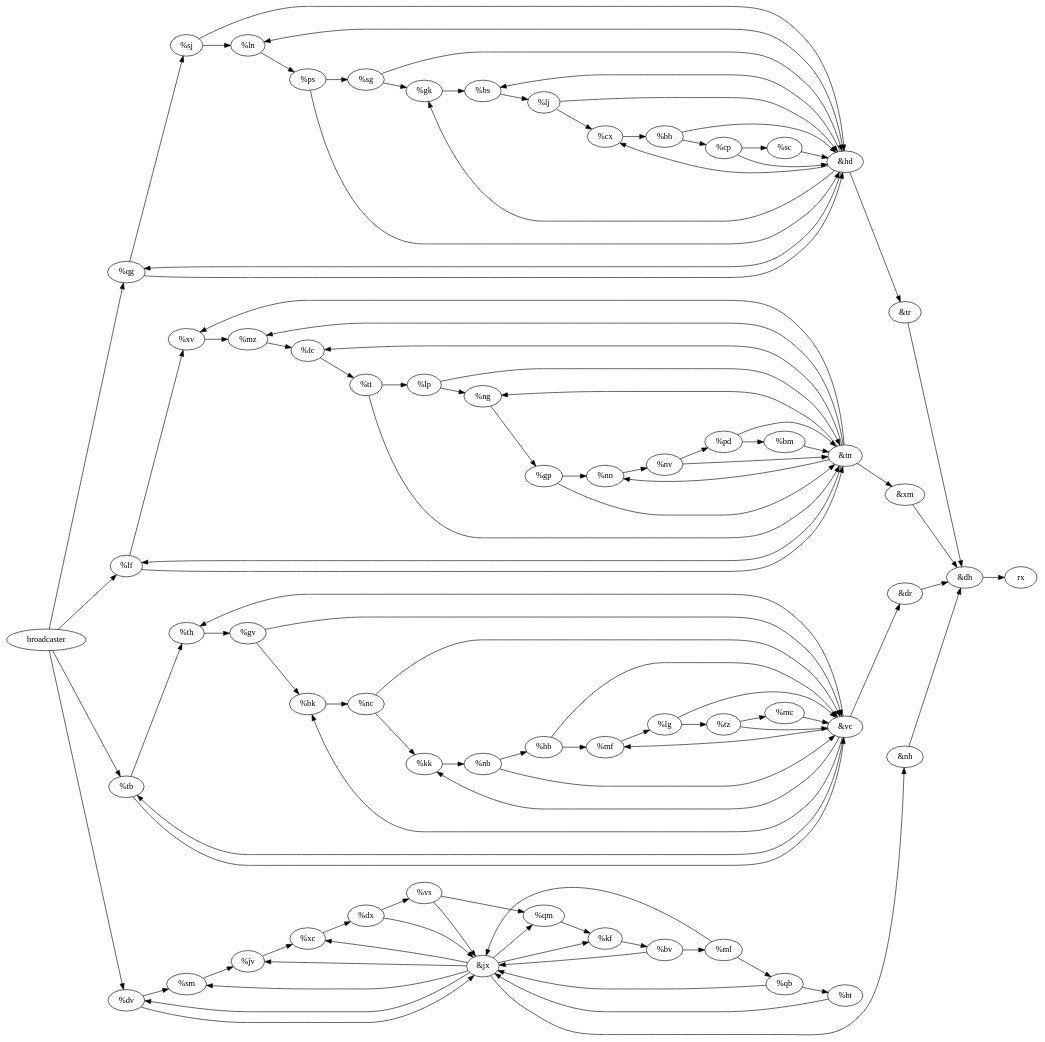
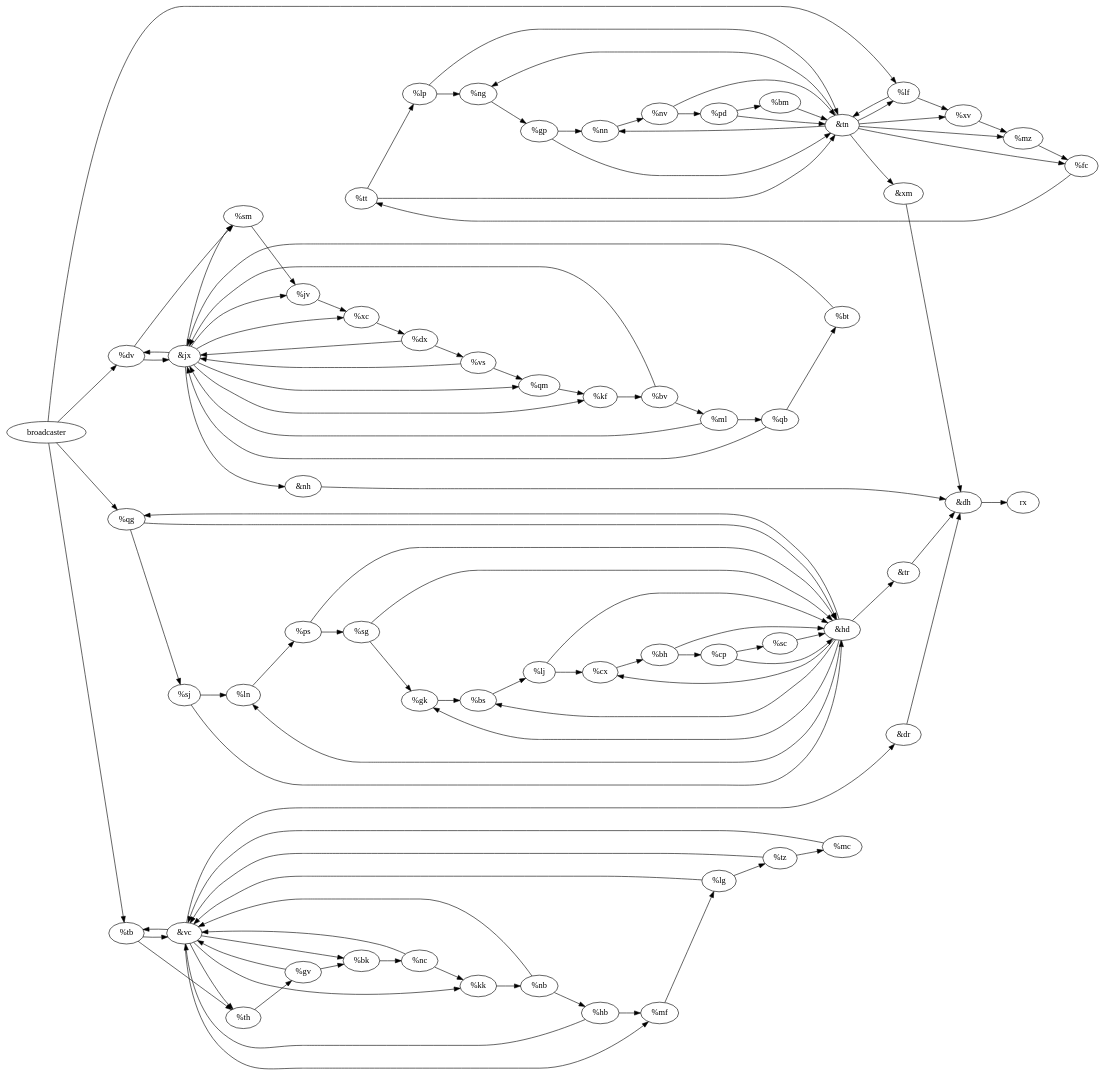
One commit to robinst/advent-of-code changed the diagram in 2023/day20.dot. Above: the diagram before and after it, drawn with Graphviz. The commit also changed 4 other files, not shown here.

Commit message:
2023: Add graphs

```diff
--- a/2023/day20.dot
+++ b/2023/day20.dot
@@ -1,120 +1,170 @@
 digraph {
-rankdir="LR"
-broadcaster -> { tb dv qg lf }
-
-th [label="%th"]
-dx [label="%dx"]
-lj [label="%lj"]
-tt [label="%tt"]
-bv [label="%bv"]
-nb [label="%nb"]
-jv [label="%jv"]
-sg [label="%sg"]
-fc [label="%fc"]
-tr [label="&tr"]
-sm [label="%sm"]
-pd [label="%pd"]
-sj [label="%sj"]
-lp [label="%lp"]
-nn [label="%nn"]
-bh [label="%bh"]
-lg [label="%lg"]
-gv [label="%gv"]
-sc [label="%sc"]
-qg [label="%qg"]
-dv [label="%dv"]
-cp [label="%cp"]
-cx [label="%cx"]
-xc [label="%xc"]
-kf [label="%kf"]
-gp [label="%gp"]
-nc [label="%nc"]
-vs [label="%vs"]
-bs [label="%bs"]
-xv [label="%xv"]
-mc [label="%mc"]
-kk [label="%kk"]
-ng [label="%ng"]
-mz [label="%mz"]
-bt [label="%bt"]
-ln [label="%ln"]
-hb [label="%hb"]
-lf [label="%lf"]
-xm [label="&xm"]
-mf [label="%mf"]
-dr [label="&dr"]
-jx [label="&jx"]
-bk [label="%bk"]
-gk [label="%gk"]
-tn [label="&tn"]
-qm [label="%qm"]
-ps [label="%ps"]
-tz [label="%tz"]
-nv [label="%nv"]
-ml [label="%ml"]
-nh [label="&nh"]
-tb [label="%tb"]
-qb [label="%qb"]
-bm [label="%bm"]
-vc [label="&vc"]
-hd [label="&hd"]
-dh [label="&dh"]
-
-th -> { gv }
-dx -> { jx vs }
-lj -> { hd cx }
-tt -> { lp tn }
-bv -> { ml jx }
-nb -> { vc hb }
-jv -> { xc }
-sg -> { gk hd }
-fc -> { tt }
-tr -> { dh }
-sm -> { jv }
-pd -> { tn bm }
-sj -> { ln hd }
-lp -> { tn ng }
-nn -> { nv }
-bh -> { hd cp }
-lg -> { tz vc }
-gv -> { vc bk }
-sc -> { hd }
-qg -> { sj hd }
-dv -> { jx sm }
-cp -> { sc hd }
-cx -> { bh }
-xc -> { dx }
-kf -> { bv }
-gp -> { tn nn }
-nc -> { kk vc }
-vs -> { qm jx }
-bs -> { lj }
-xv -> { mz }
-mc -> { vc }
-kk -> { nb }
-ng -> { gp }
-mz -> { fc }
-bt -> { jx }
-ln -> { ps }
-hb -> { vc mf }
-lf -> { tn xv }
-xm -> { dh }
-mf -> { lg }
-dr -> { dh }
-jx -> { sm jv xc qm dv nh kf }
-bk -> { nc }
-gk -> { bs }
-tn -> { lf xv xm nn mz fc ng }
-qm -> { kf }
-ps -> { hd sg }
-tz -> { vc mc }
-nv -> { pd tn }
-ml -> { qb jx }
-nh -> { dh }
-tb -> { vc th }
-qb -> { bt jx }
-bm -> { tn }
-vc -> { tb mf dr th kk bk }
-hd -> { bs gk tr qg ln cx }
-dh -> { rx }
+  rankdir="LR"
+  tt [label="%tt"]
+  ln [label="%ln"]
+  ps [label="%ps"]
+  broadcaster [label="broadcaster"]
+  lp [label="%lp"]
+  dh [label="&dh"]
+  tz [label="%tz"]
+  dr [label="&dr"]
+  qb [label="%qb"]
+  dv [label="%dv"]
+  dx [label="%dx"]
+  qg [label="%qg"]
+  mc [label="%mc"]
+  mf [label="%mf"]
+  qm [label="%qm"]
+  ml [label="%ml"]
+  mz [label="%mz"]
+  vc [label="&vc"]
+  nb [label="%nb"]
+  nc [label="%nc"]
+  ng [label="%ng"]
+  nh [label="&nh"]
+  fc [label="%fc"]
+  vs [label="%vs"]
+  nn [label="%nn"]
+  bh [label="%bh"]
+  nv [label="%nv"]
+  bk [label="%bk"]
+  bm [label="%bm"]
+  jv [label="%jv"]
+  jx [label="&jx"]
+  sc [label="%sc"]
+  bs [label="%bs"]
+  bt [label="%bt"]
+  bv [label="%bv"]
+  sg [label="%sg"]
+  sj [label="%sj"]
+  sm [label="%sm"]
+  kf [label="%kf"]
+  kk [label="%kk"]
+  gk [label="%gk"]
+  gp [label="%gp"]
+  xc [label="%xc"]
+  cp [label="%cp"]
+  tb [label="%tb"]
+  gv [label="%gv"]
+  th [label="%th"]
+  pd [label="%pd"]
+  cx [label="%cx"]
+  xm [label="&xm"]
+  hb [label="%hb"]
+  lf [label="%lf"]
+  tn [label="&tn"]
+  lg [label="%lg"]
+  hd [label="&hd"]
+  lj [label="%lj"]
+  tr [label="&tr"]
+  xv [label="%xv"]
+  tt -> lp
+  tt -> tn
+  ln -> ps
+  ps -> hd
+  ps -> sg
+  broadcaster -> tb
+  broadcaster -> dv
+  broadcaster -> qg
+  broadcaster -> lf
+  lp -> tn
+  lp -> ng
+  dh -> rx
+  tz -> vc
+  tz -> mc
+  dr -> dh
+  qb -> bt
+  qb -> jx
+  dv -> jx
+  dv -> sm
+  dx -> jx
+  dx -> vs
+  qg -> sj
+  qg -> hd
+  mc -> vc
+  mf -> lg
+  qm -> kf
+  ml -> qb
+  ml -> jx
+  mz -> fc
+  vc -> tb
+  vc -> mf
+  vc -> dr
+  vc -> th
+  vc -> kk
+  vc -> bk
+  nb -> vc
+  nb -> hb
+  nc -> kk
+  nc -> vc
+  ng -> gp
+  nh -> dh
+  fc -> tt
+  vs -> qm
+  vs -> jx
+  nn -> nv
+  bh -> hd
+  bh -> cp
+  nv -> pd
+  nv -> tn
+  bk -> nc
+  bm -> tn
+  jv -> xc
+  jx -> sm
+  jx -> jv
+  jx -> xc
+  jx -> qm
+  jx -> dv
+  jx -> nh
+  jx -> kf
+  sc -> hd
+  bs -> lj
+  bt -> jx
+  bv -> ml
+  bv -> jx
+  sg -> gk
+  sg -> hd
+  sj -> ln
+  sj -> hd
+  sm -> jv
+  kf -> bv
+  kk -> nb
+  gk -> bs
+  gp -> tn
+  gp -> nn
+  xc -> dx
+  cp -> sc
+  cp -> hd
+  tb -> vc
+  tb -> th
+  gv -> vc
+  gv -> bk
+  th -> gv
+  pd -> tn
+  pd -> bm
+  cx -> bh
+  xm -> dh
+  hb -> vc
+  hb -> mf
+  lf -> tn
+  lf -> xv
+  tn -> lf
+  tn -> xv
+  tn -> xm
+  tn -> nn
+  tn -> mz
+  tn -> fc
+  tn -> ng
+  lg -> tz
+  lg -> vc
+  hd -> bs
+  hd -> gk
+  hd -> tr
+  hd -> qg
+  hd -> ln
+  hd -> cx
+  lj -> hd
+  lj -> cx
+  tr -> dh
+  xv -> mz
 }
```
